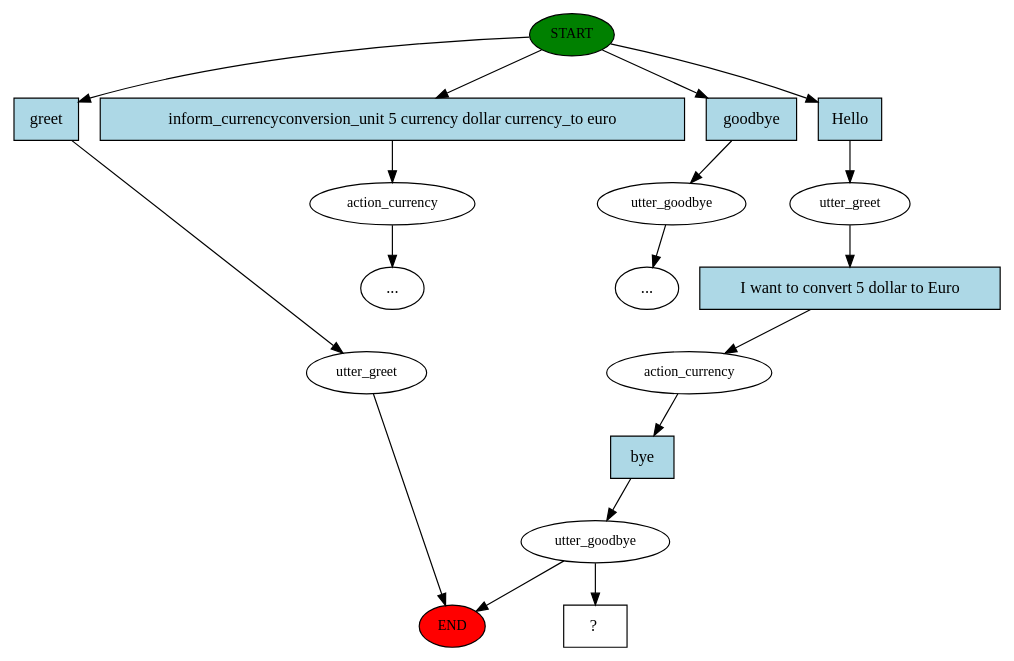
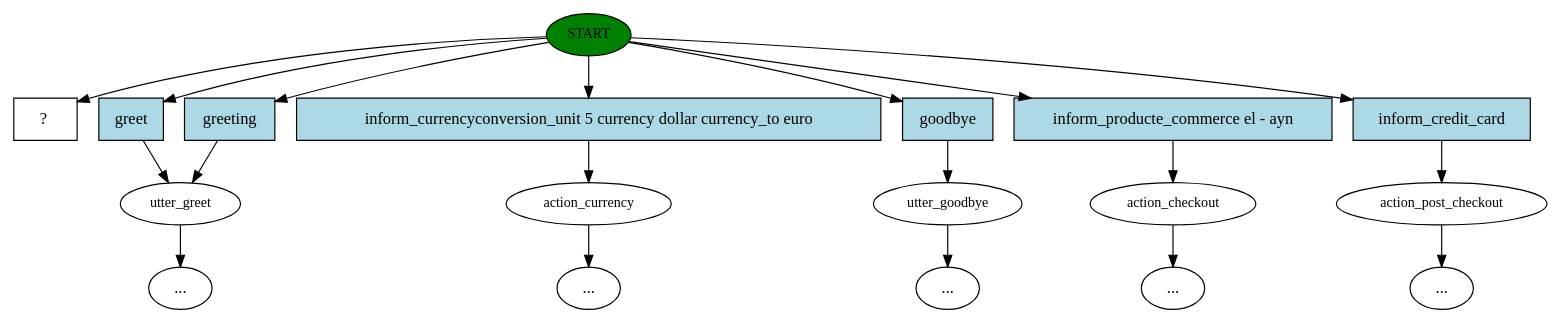
Before and after one commit to itwasmycode/Tradeus: the diagram in model/story_graph.dot, drawn with Graphviz. The commit also changed 26 other files, not shown here.

```diff
--- a/model/story_graph.dot
+++ b/model/story_graph.dot
@@ -1,36 +1,38 @@
 digraph  {
 0 [class="start active", fillcolor=green, fontsize=12, label=START, style=filled];
-"-1" [class=end, fillcolor=red, fontsize=12, label=END, style=filled];
 1 [class="", fontsize=12, label=utter_greet];
 2 [class="", fontsize=12, label=action_currency];
 3 [class="", fontsize=12, label=utter_goodbye];
-"-4" [class=ellipsis, label="..."];
 "-5" [class=ellipsis, label="..."];
-5 [class=active, fontsize=12, label=utter_greet];
-6 [class=active, fontsize=12, label=action_currency];
-7 [class=active, fontsize=12, label=utter_goodbye];
-11 [class="intent dashed active", label="  ?  ", shape=rect];
-12 [class=intent, fillcolor=lightblue, label=greet, shape=rect, style=filled];
-13 [class=intent, fillcolor=lightblue, label="inform_currencyconversion_unit 5 currency dollar currency_to euro", shape=rect, style=filled];
-14 [class=intent, fillcolor=lightblue, label=goodbye, shape=rect, style=filled];
-15 [class="intent active", fillcolor=lightblue, label=Hello, shape=rect, style=filled];
-16 [class="intent active", fillcolor=lightblue, label="I want to convert 5 dollar to Euro", shape=rect, style=filled];
-17 [class="intent active", fillcolor=lightblue, label=bye, shape=rect, style=filled];
-0 -> 12  [class="", key=0];
+4 [class="", fontsize=12, label=action_checkout];
+5 [class="", fontsize=12, label=action_post_checkout];
+"-7" [class=ellipsis, label="..."];
+"-8" [class=ellipsis, label="..."];
+"-11" [class=ellipsis, label="..."];
+"-13" [class=ellipsis, label="..."];
+12 [class="intent dashed active", label="  ?  ", shape=rect];
+13 [class=intent, fillcolor=lightblue, label=greet, shape=rect, style=filled];
+14 [class=intent, fillcolor=lightblue, label=greeting, shape=rect, style=filled];
+15 [class=intent, fillcolor=lightblue, label="inform_currencyconversion_unit 5 currency dollar currency_to euro", shape=rect, style=filled];
+16 [class=intent, fillcolor=lightblue, label=goodbye, shape=rect, style=filled];
+17 [class=intent, fillcolor=lightblue, label="inform_producte_commerce el - ayn", shape=rect, style=filled];
+18 [class=intent, fillcolor=lightblue, label=inform_credit_card, shape=rect, style=filled];
+0 -> 12  [class=active, key=NONE, label=""];
 0 -> 13  [class="", key=0];
 0 -> 14  [class="", key=0];
-0 -> 15  [class=active, key=0];
-1 -> "-1"  [class="", key=NONE, label=""];
-2 -> "-5"  [class="", key=NONE, label=""];
-3 -> "-4"  [class="", key=NONE, label=""];
-5 -> 16  [class=active, key=0];
-6 -> 17  [class=active, key=0];
-7 -> "-1"  [class="", key=NONE, label=""];
-7 -> 11  [class=active, key=NONE, label=""];
-12 -> 1  [class="", key=0];
-13 -> 2  [class="", key=0];
-14 -> 3  [class="", key=0];
-15 -> 5  [class=active, key=0];
-16 -> 6  [class=active, key=0];
-17 -> 7  [class=active, key=0];
+0 -> 15  [class="", key=0];
+0 -> 16  [class="", key=0];
+0 -> 17  [class="", key=0];
+0 -> 18  [class="", key=0];
+1 -> "-13"  [class="", key=NONE, label=""];
+2 -> "-8"  [class="", key=NONE, label=""];
+3 -> "-5"  [class="", key=NONE, label=""];
+4 -> "-11"  [class="", key=NONE, label=""];
+5 -> "-7"  [class="", key=NONE, label=""];
+13 -> 1  [class="", key=0];
+14 -> 1  [class="", key=0];
+15 -> 2  [class="", key=0];
+16 -> 3  [class="", key=0];
+17 -> 4  [class="", key=0];
+18 -> 5  [class="", key=0];
 }
```
